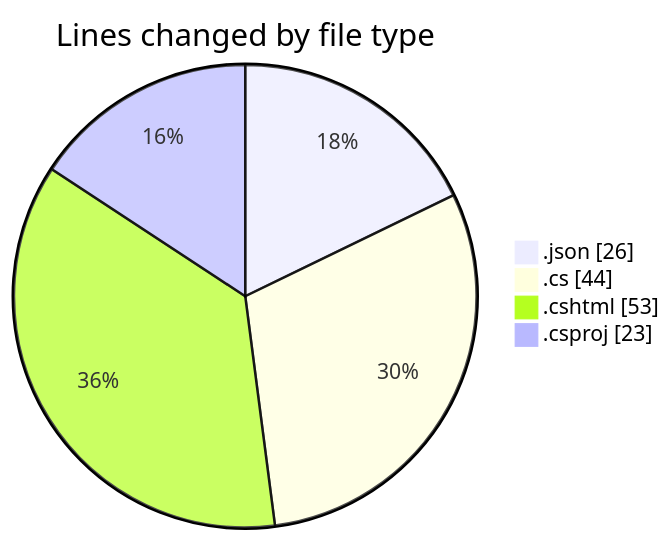
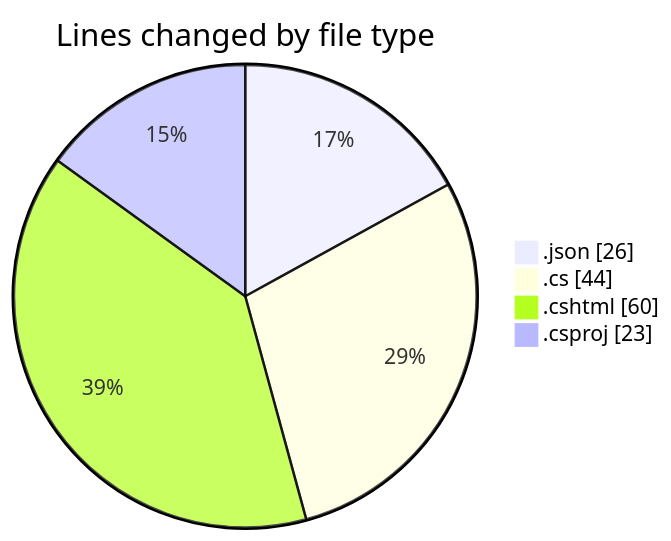
The first of 2 diagrams in 2025-07-19/nhahang/README.md (lephambinh05/code-tracking), drawn with Mermaid before and after one commit. The commit also changed other lines of this file and 1 other file, not shown here.

````diff
--- a/2025-07-19/nhahang/README.md
+++ b/2025-07-19/nhahang/README.md
@@ -26,8 +26,8 @@
 ```mermaid
 pie showData
 title Lines changed by file type
 ".json" : 26
 ".cs" : 44
-".cshtml" : 53
+".cshtml" : 60
 ".csproj" : 23
 ```
````
